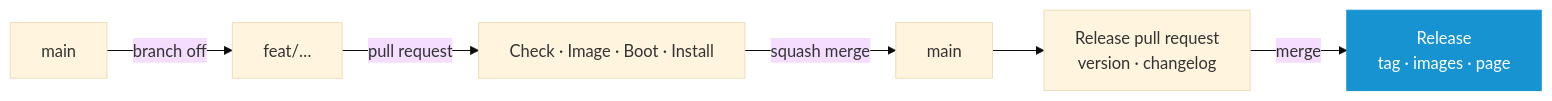
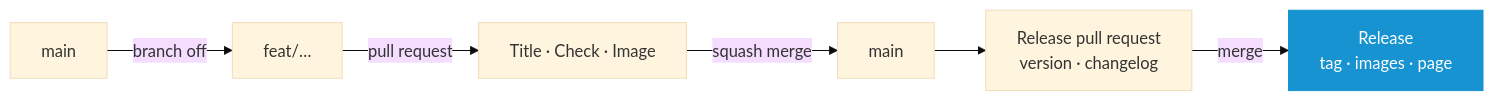
Before and after one commit to murkl/arch-os: the diagram in docs/CONTRIBUTING.md, drawn with Mermaid (base theme). The commit also changed other lines of this file and 41 other files, not shown here.

````diff
--- a/docs/CONTRIBUTING.md
+++ b/docs/CONTRIBUTING.md
@@ -7,10 +140,10 @@
 ```mermaid
 flowchart LR
     M["main"] -->|branch off| B["feat/…"]
-    B -->|pull request| I["Check · Image · Boot · Install"]
+    B -->|pull request| I["Title · Check · Image"]
     I -->|squash merge| M2["main"]
     M2 --> P["Release pull request<br/>version · changelog"]
     P -->|merge| R["Release<br/>tag · images · page"]
 
     style R fill:#1793d1,stroke:#1793d1,color:#fff
 ```
````
